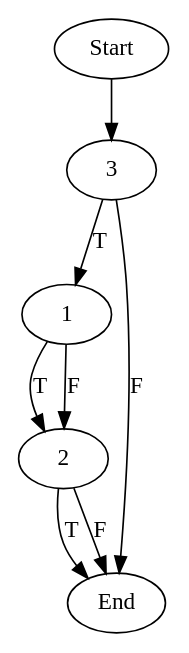
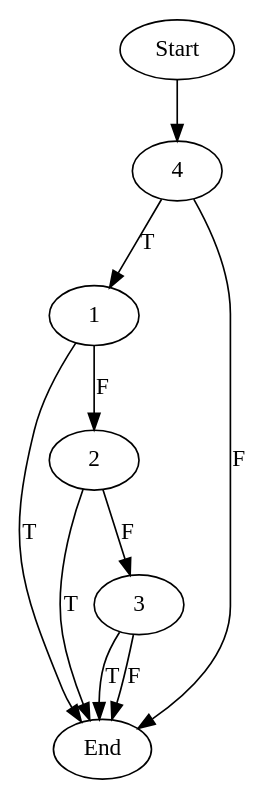
The diagram in Parser/input.dot (echancrure/Sikraken), drawn with Graphviz before and after one commit. The commit also changed 6 other files, not shown here.

```diff
--- a/Parser/input.dot
+++ b/Parser/input.dot
@@ -1,9 +1,11 @@
 digraph CFG {
-"Start" -> "3"	 
-"3" -> "1" [label = "T"];
+"Start" -> "4"	 
+"4" -> "1" [label = "T"];
+"4" -> "End" [label = "F"];
+"3" -> "End" [label = "T"];
 "3" -> "End" [label = "F"];
 "2" -> "End" [label = "T"];
-"2" -> "End" [label = "F"];
-"1" -> "2" [label = "T"];
+"2" -> "3" [label = "F"];
+"1" -> "End" [label = "T"];
 "1" -> "2" [label = "F"];
 }
```
